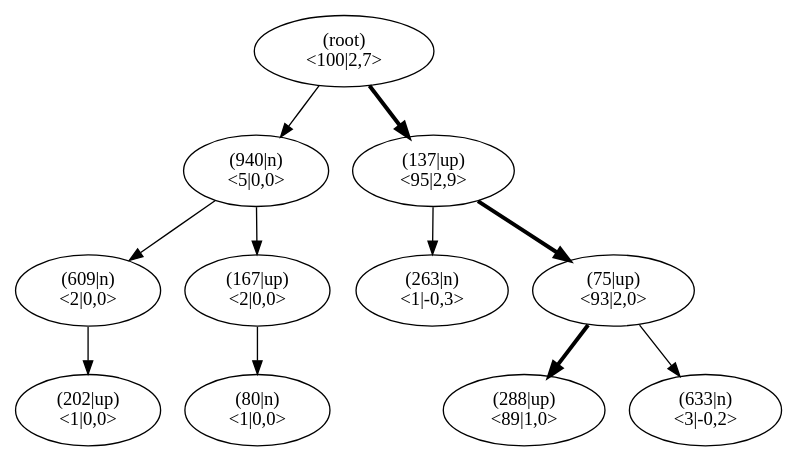
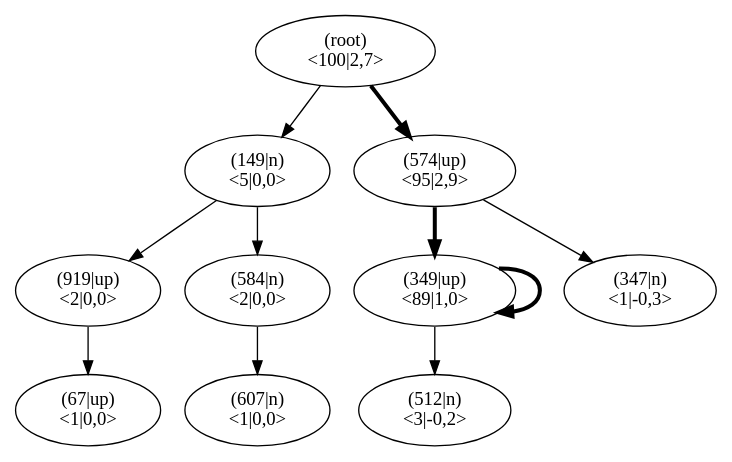
One commit to JonasHellgren/relexp-java changed the diagram in pictures/ch13/jumper_test_mcts.dot. Above: the diagram before and after it, drawn with Graphviz. The commit also changed 5 other files, not shown here.

```diff
--- a/pictures/ch13/jumper_test_mcts.dot
+++ b/pictures/ch13/jumper_test_mcts.dot
@@ -1,35 +1,35 @@
 digraph MCTS {
 node [shape=ellipse];
 Nroot [label="(root)
 <100|2,7>"];
-Nroot -> N940[penwidth=1];
-N940 [label="(940|n)
+Nroot -> N149[penwidth=1];
+N149 [label="(149|n)
 <5|0,0>"];
-N940 -> N609[penwidth=1];
-N609 [label="(609|n)
+N149 -> N919[penwidth=1];
+N919 [label="(919|up)
 <2|0,0>"];
-N609 -> N202[penwidth=1];
-N202 [label="(202|up)
+N919 -> N67[penwidth=1];
+N67 [label="(67|up)
 <1|0,0>"];
-N940 -> N167[penwidth=1];
-N167 [label="(167|up)
+N149 -> N584[penwidth=1];
+N584 [label="(584|n)
 <2|0,0>"];
-N167 -> N80[penwidth=1];
-N80 [label="(80|n)
+N584 -> N607[penwidth=1];
+N607 [label="(607|n)
 <1|0,0>"];
-Nroot -> N137[penwidth=3];
-N137 [label="(137|up)
+Nroot -> N574[penwidth=3];
+N574 [label="(574|up)
 <95|2,9>"];
-N137 -> N263[penwidth=1];
-N263 [label="(263|n)
+N574 -> N349[penwidth=3];
+N349 [label="(349|up)
+<93|2,0>"];
+N349 -> N349[penwidth=3];
+N349 [label="(349|up)
+<89|1,0>"];
+N349 -> N512[penwidth=1];
+N512 [label="(512|n)
+<3|-0,2>"];
+N574 -> N347[penwidth=1];
+N347 [label="(347|n)
 <1|-0,3>"];
-N137 -> N75[penwidth=3];
-N75 [label="(75|up)
-<93|2,0>"];
-N75 -> N288[penwidth=3];
-N288 [label="(288|up)
-<89|1,0>"];
-N75 -> N633[penwidth=1];
-N633 [label="(633|n)
-<3|-0,2>"];
 }
```
